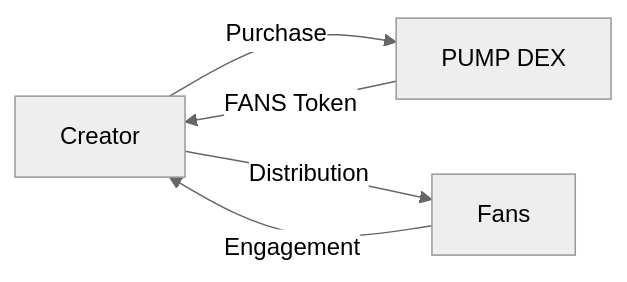
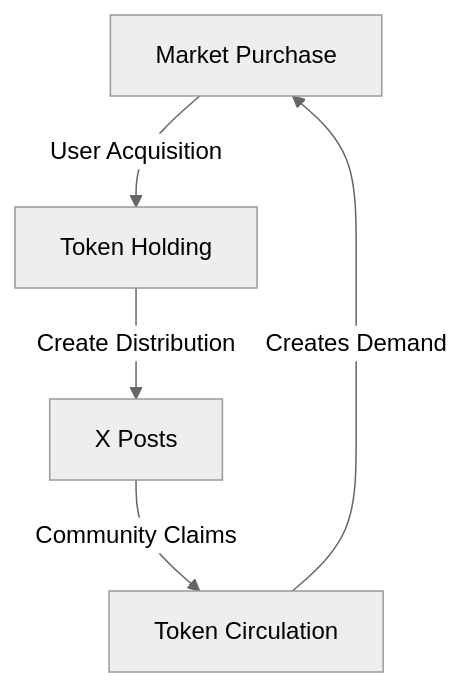
One commit to MEMEFANS/memefans changed the second of 2 diagrams in docs/token-economics.md. Above: the diagram before and after it, drawn with Mermaid (neutral theme). The commit also changed other lines of this file and 12 other files, not shown here.

````diff
--- a/docs/token-economics.md
+++ b/docs/token-economics.md
@@ -24,7 +139,7 @@
 ```mermaid
-graph LR
-    A[Creator] -->|Purchase| B[PUMP DEX]
-    B -->|FANS Token| A
-    A -->|Distribution| C[Fans]
-    C -->|Engagement| A
+graph TD
+    A[Market Purchase] -->|User Acquisition| B[Token Holding]
+    B -->|Create Distribution| C[X Posts]
+    C -->|Community Claims| D[Token Circulation]
+    D -->|Creates Demand| A
 ```
````
